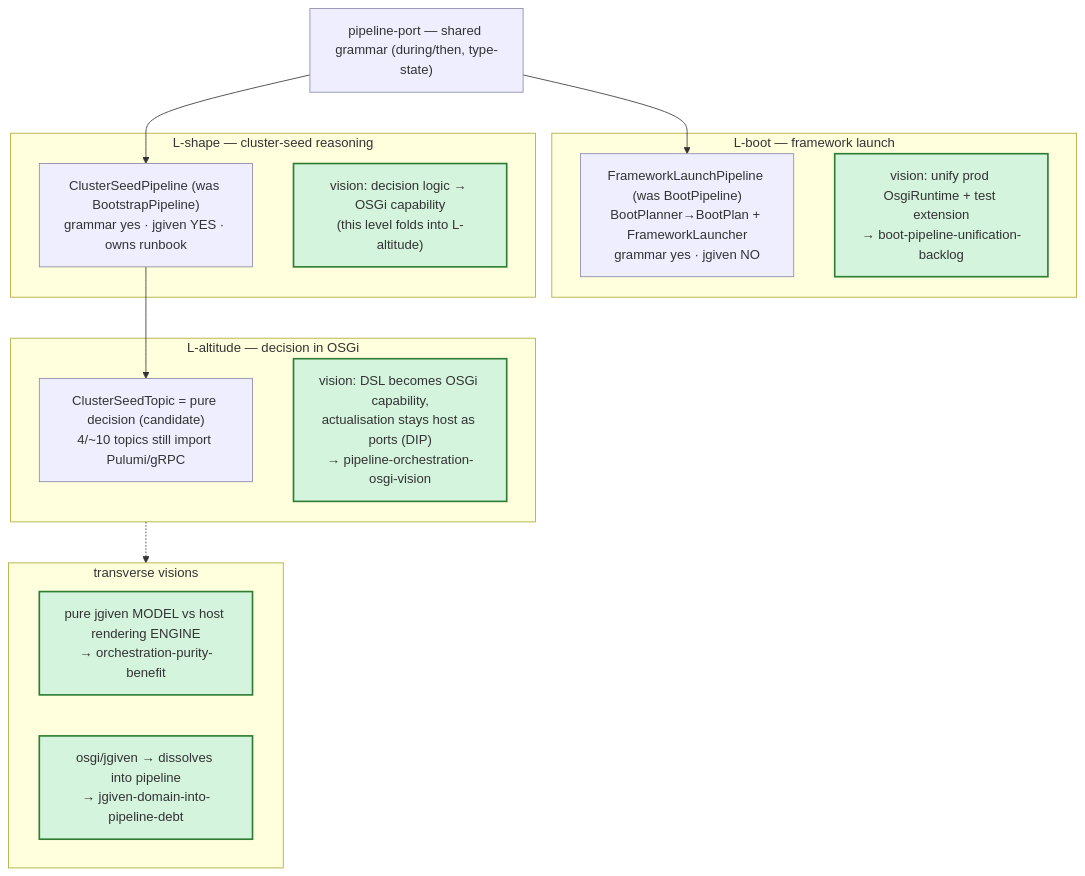
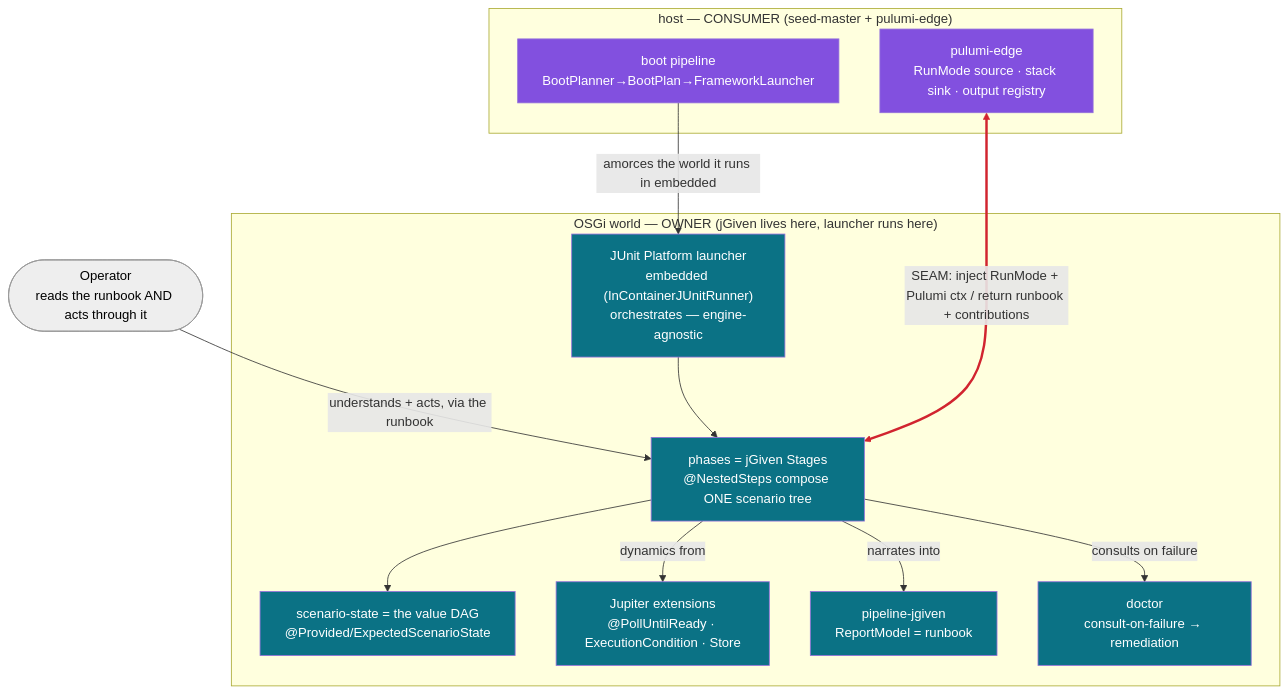
One commit to nxmatic/rke2lab changed the third of 4 diagrams in docs/architecture/osgi/pipeline-spec.adoc. Above: the diagram before and after it, drawn with Mermaid. The commit also changed other lines of this file and 2 other files, not shown here.

```diff
--- a/docs/architecture/osgi/pipeline-spec.adoc
+++ b/docs/architecture/osgi/pipeline-spec.adoc
@@ -220,29 +273,32 @@
 [mermaid]
 ....
 flowchart TB
-  G["pipeline-port — shared grammar (during/then, type-state)"]
-  subgraph LB["L-boot — framework launch"]
-    lb["FrameworkLaunchPipeline (was BootPipeline)<br/>BootPlanner→BootPlan + FrameworkLauncher<br/>grammar yes · jgiven NO"]
-    lb_v["vision: unify prod OsgiRuntime + test extension<br/>→ boot-pipeline-unification-backlog"]
+  operator(["Operator<br/>reads the runbook AND acts through it"])
+  subgraph osgi["OSGi world — OWNER (jGiven lives here, launcher runs here)"]
+    launch["JUnit Platform launcher<br/>embedded (InContainerJUnitRunner)<br/>orchestrates — engine-agnostic"]
+    scn["phases = jGiven Stages<br/>@NestedSteps compose ONE scenario tree"]
+    state["scenario-state = the value DAG<br/>@Provided/ExpectedScenarioState"]
+    ext["Jupiter extensions<br/>@PollUntilReady · ExecutionCondition · Store"]
+    jg["pipeline-jgiven<br/>ReportModel = runbook"]
+    doctor["doctor<br/>consult-on-failure → remediation"]
   end
-  subgraph LS["L-shape — cluster-seed reasoning"]
-    ls["ClusterSeedPipeline (was BootstrapPipeline)<br/>grammar yes · jgiven YES · owns runbook"]
-    ls_v["vision: decision logic → OSGi capability<br/>(this level folds into L-altitude)"]
+  subgraph host["host — CONSUMER (seed-master + pulumi-edge)"]
+    boot["boot pipeline<br/>BootPlanner→BootPlan→FrameworkLauncher"]
+    edge["pulumi-edge<br/>RunMode source · stack sink · output registry"]
   end
-  subgraph LA["L-altitude — decision in OSGi"]
-    la["ClusterSeedTopic = pure decision (candidate)<br/>4/~10 topics still import Pulumi/gRPC"]
-    la_v["vision: DSL becomes OSGi capability,<br/>actualisation stays host as ports (DIP)<br/>→ pipeline-orchestration-osgi-vision"]
-  end
-  subgraph TV["transverse visions"]
-    tv1["pure jgiven MODEL vs host rendering ENGINE<br/>→ orchestration-purity-benefit"]
-    tv2["osgi/jgiven → dissolves into pipeline<br/>→ jgiven-domain-into-pipeline-debt"]
-  end
-  G --> lb
-  G --> ls
-  ls --> la
-  LA -.-> TV
-  classDef built fill:#eef,stroke:#88a,stroke-width:1px;
-  classDef vision fill:#d4f4dd,stroke:#2e7d32,stroke-width:2px;
-  class G,lb,ls,la built;
-  class lb_v,ls_v,la_v,tv1,tv2 vision;
+  operator -->|understands + acts, via the runbook| scn
+  launch --> scn
+  scn --> state
+  scn -->|dynamics from| ext
+  scn -->|narrates into| jg
+  scn -->|consults on failure| doctor
+  boot -->|amorces the world it runs in embedded| launch
+  edge <==>|"SEAM: inject RunMode + Pulumi ctx / return runbook + contributions"| scn
+  classDef world fill:#0b7285,color:#fff;
+  classDef hostc fill:#8250df,color:#fff;
+  classDef person fill:#eee,stroke:#999,color:#000;
+  class launch,scn,state,ext,jg,doctor world
+  class boot,edge hostc
+  class operator person
+  linkStyle 7 stroke:#d1242f,stroke-width:3px;
 ....
```
